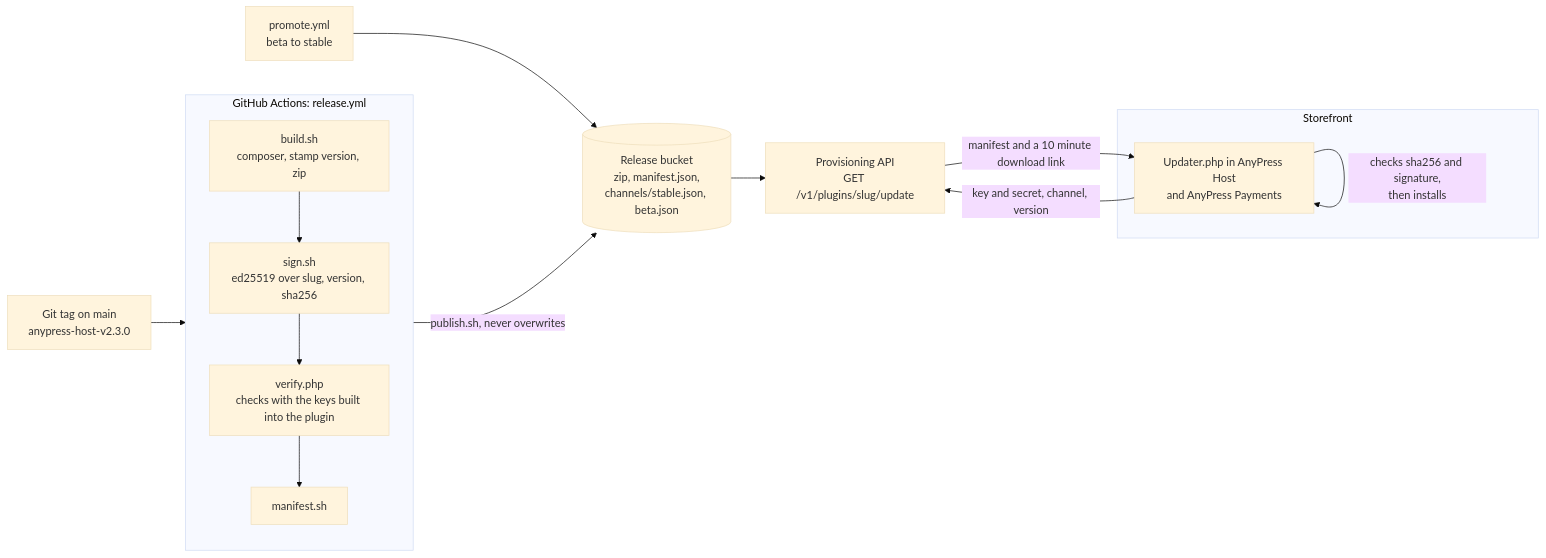
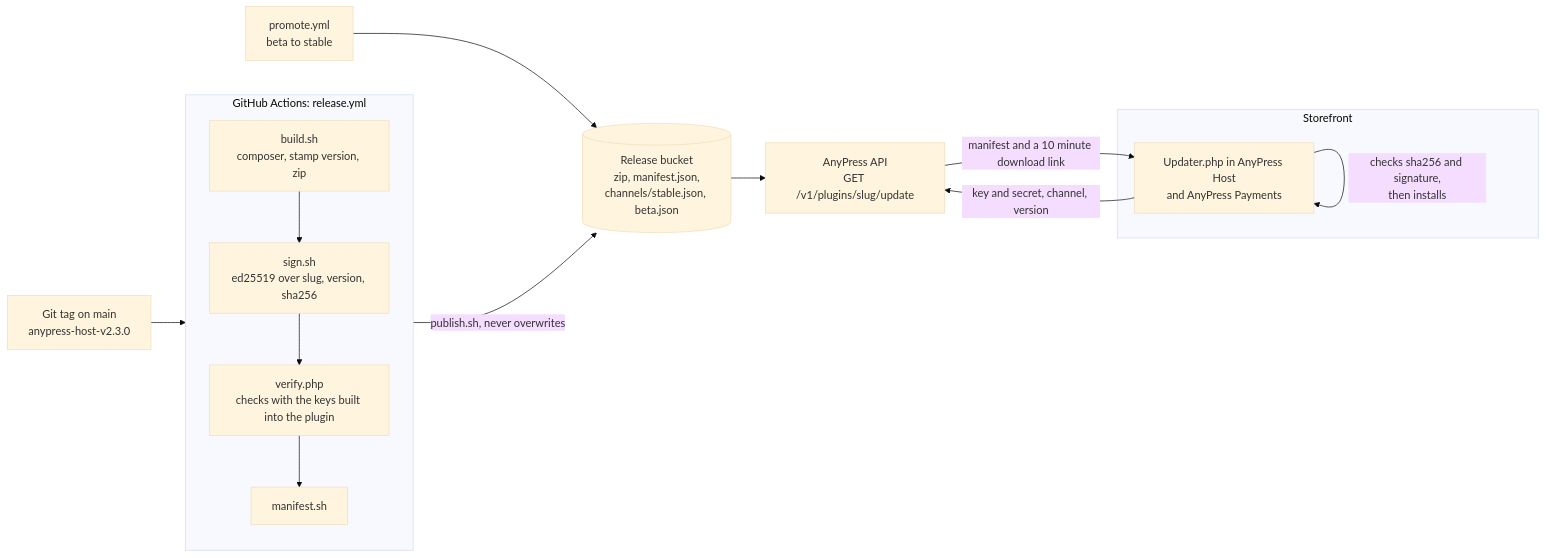
One commit to otaku-solutions/anypress-plugins changed the fifth of 5 diagrams in docs/architecture/README.md. Above: the diagram before and after it, drawn with Mermaid (base theme). The commit also changed other lines of this file and 8 other files, not shown here.

````diff
--- a/docs/architecture/README.md
+++ b/docs/architecture/README.md
@@ -190,23 +196,23 @@
 ```mermaid
 flowchart LR
   TAG["Git tag on main<br/>anypress-host-v2.3.0"] --> CI
 
   subgraph CI["GitHub Actions: release.yml"]
     direction TB
     B["build.sh<br/>composer, stamp version, zip"] --> S["sign.sh<br/>ed25519 over slug, version, sha256"]
     S --> V["verify.php<br/>checks with the keys built into the plugin"]
     V --> M["manifest.sh"]
   end
 
   CI -->|"publish.sh, never overwrites"| R2[("Release bucket<br/>zip, manifest.json,<br/>channels/stable.json, beta.json")]
   PROMOTE["promote.yml<br/>beta to stable"] --> R2
-  R2 --> API["Provisioning API<br/>GET /v1/plugins/slug/update"]
+  R2 --> API["AnyPress API<br/>GET /v1/plugins/slug/update"]
 
   subgraph SITE["Storefront"]
     UP["Updater.php in AnyPress Host<br/>and AnyPress Payments"]
   end
 
   UP -->|"key and secret, channel, version"| API
   API -->|"manifest and a 10 minute download link"| UP
   UP -->|"checks sha256 and signature,<br/>then installs"| UP
 ```
````
